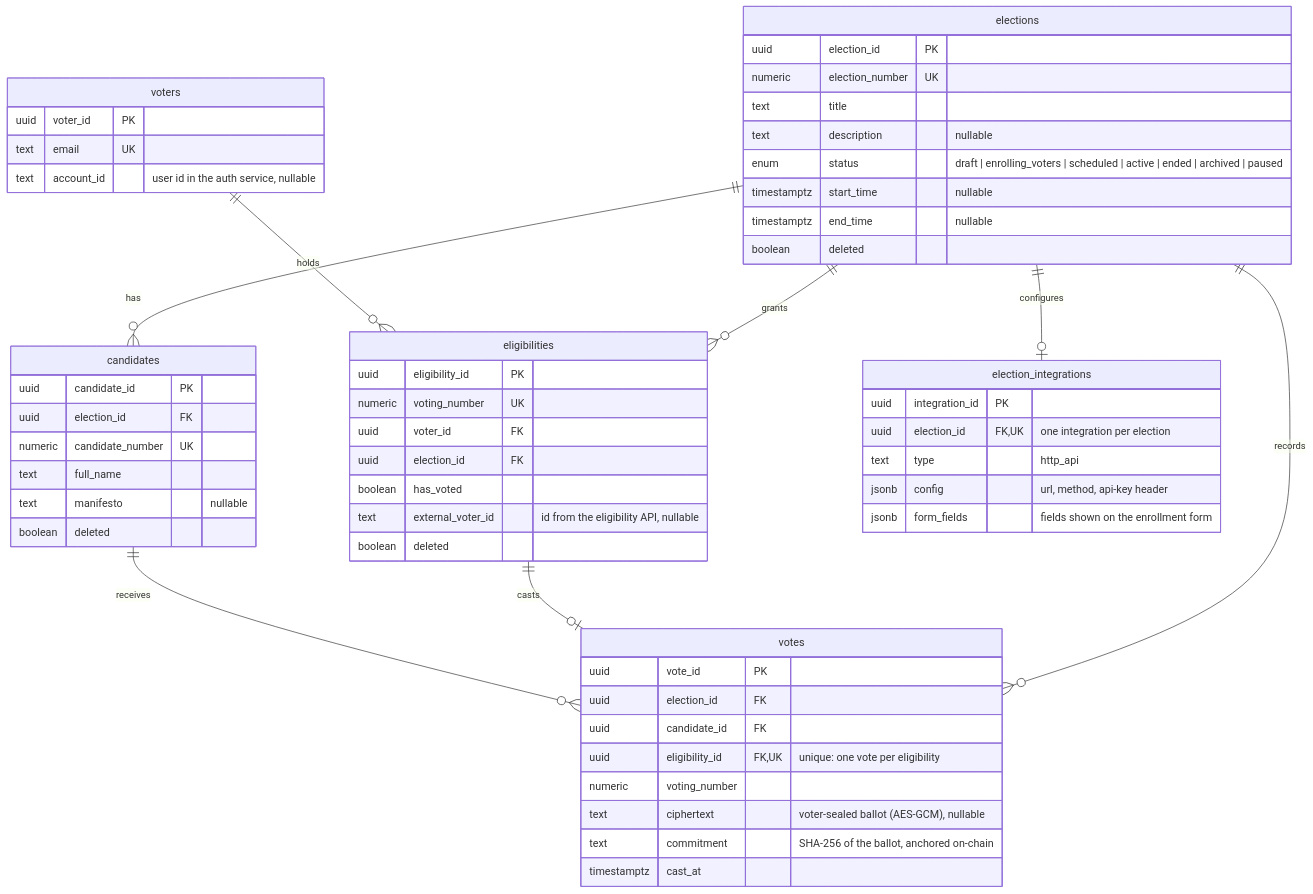
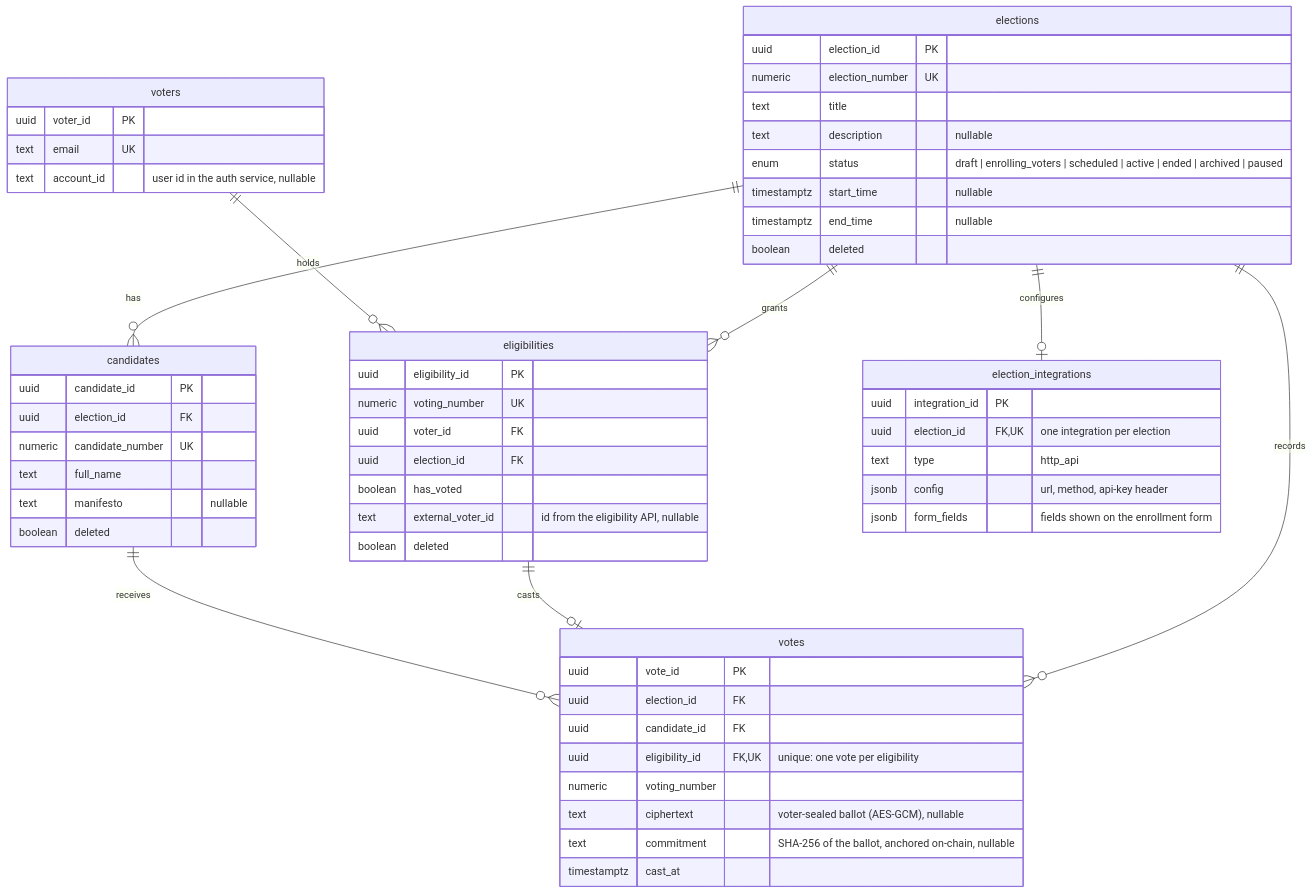
Before and after one commit to irumvanselme/ToraChain: the first of 2 diagrams in docs/erd.md, drawn with Mermaid. The commit also changed other lines of this file and 29 other files, not shown here.

````diff
--- a/docs/erd.md
+++ b/docs/erd.md
@@ -21,60 +21,60 @@
 ```mermaid
 erDiagram
     elections ||--o{ candidates : has
     elections ||--o{ eligibilities : grants
     elections ||--o| election_integrations : configures
     elections ||--o{ votes : records
     voters ||--o{ eligibilities : holds
     eligibilities ||--o| votes : casts
     candidates ||--o{ votes : receives
 
     elections {
         uuid election_id PK
         numeric election_number UK
         text title
         text description "nullable"
         enum status "draft | enrolling_voters | scheduled | active | ended | archived | paused"
         timestamptz start_time "nullable"
         timestamptz end_time "nullable"
         boolean deleted
     }
     candidates {
         uuid candidate_id PK
         uuid election_id FK
         numeric candidate_number UK
         text full_name
         text manifesto "nullable"
         boolean deleted
     }
     voters {
         uuid voter_id PK
         text email UK
         text account_id "user id in the auth service, nullable"
     }
     eligibilities {
         uuid eligibility_id PK
         numeric voting_number UK
         uuid voter_id FK
         uuid election_id FK
         boolean has_voted
         text external_voter_id "id from the eligibility API, nullable"
         boolean deleted
     }
     votes {
         uuid vote_id PK
         uuid election_id FK
         uuid candidate_id FK
         uuid eligibility_id FK, UK "unique: one vote per eligibility"
         numeric voting_number
         text ciphertext "voter-sealed ballot (AES-GCM), nullable"
-        text commitment "SHA-256 of the ballot, anchored on-chain"
+        text commitment "SHA-256 of the ballot, anchored on-chain, nullable"
         timestamptz cast_at
     }
     election_integrations {
         uuid integration_id PK
         uuid election_id FK, UK "one integration per election"
         text type "http_api"
         jsonb config "url, method, api-key header"
         jsonb form_fields "fields shown on the enrollment form"
     }
 ```
````
